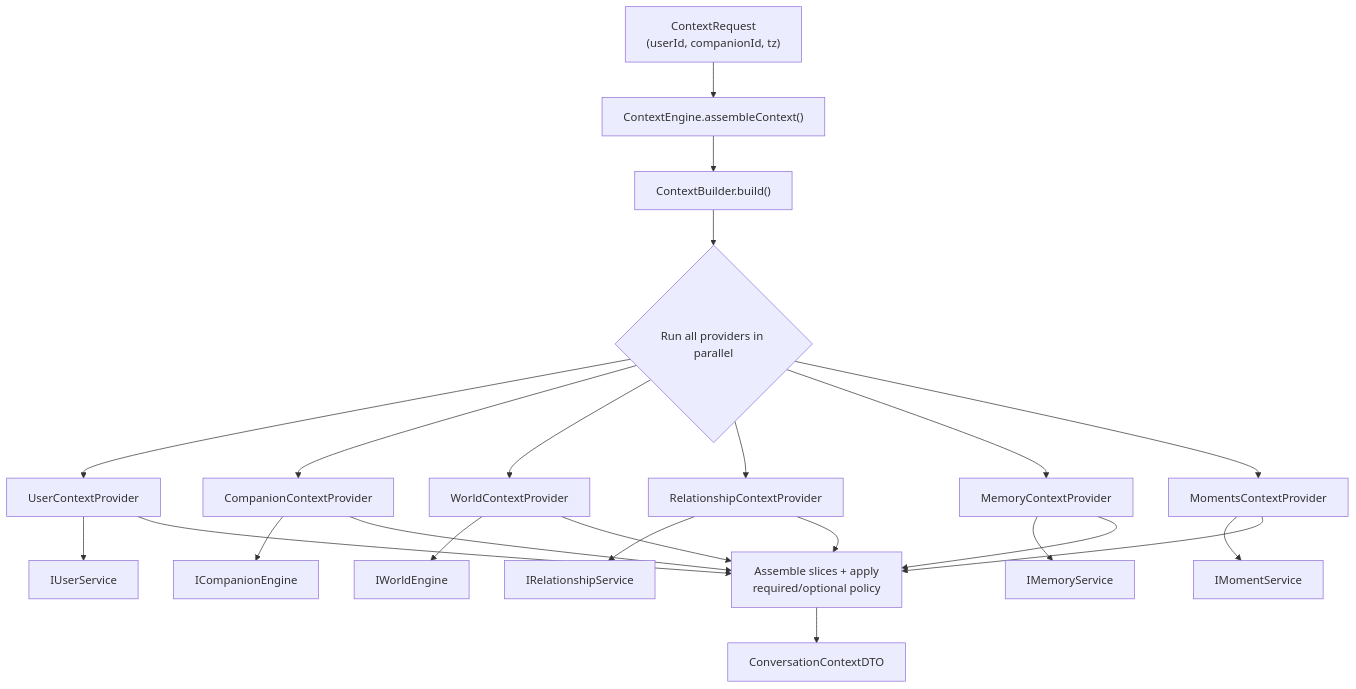
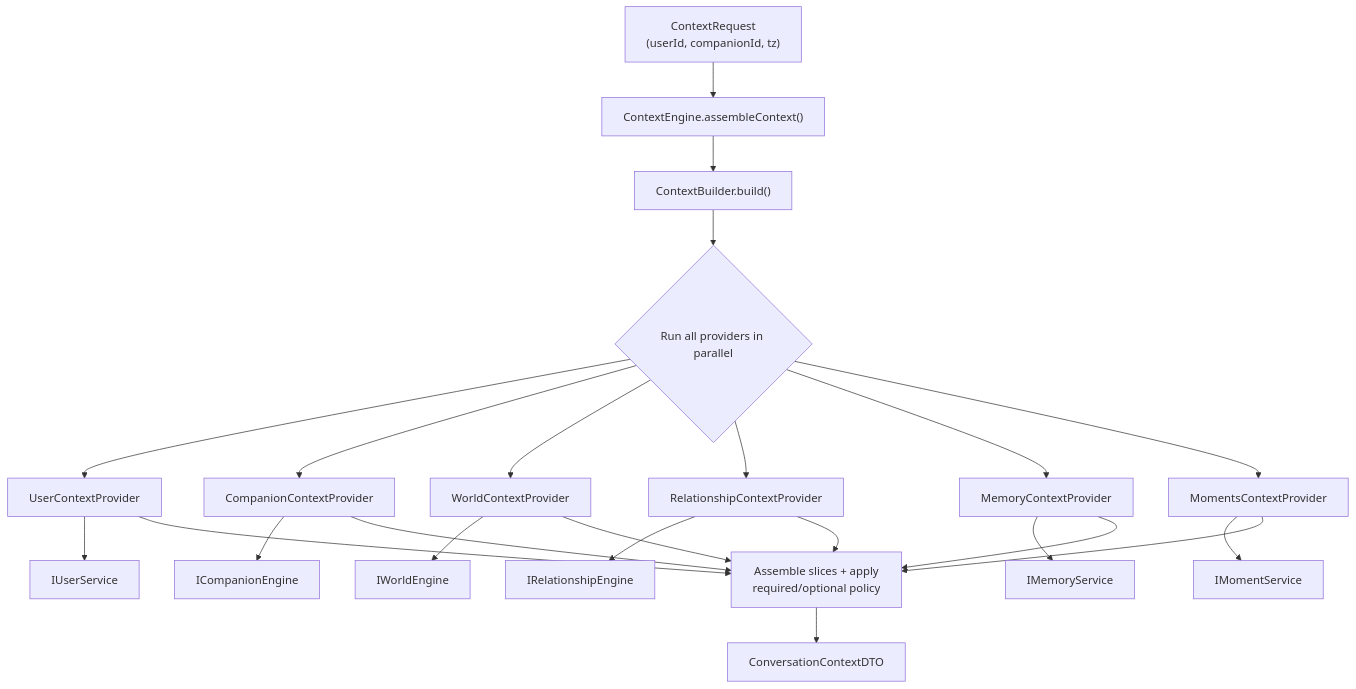
Before and after one commit to shubhamagar123/featherlite: the first of 3 diagrams in src/engines/context/README.md, drawn with Mermaid. The commit also changed other lines of this file and 11 other files, not shown here.

````diff
--- a/src/engines/context/README.md
+++ b/src/engines/context/README.md
@@ -56,29 +55,29 @@
 ```mermaid
 flowchart TD
     REQ["ContextRequest<br/>(userId, companionId, tz)"] --> ENG["ContextEngine.assembleContext()"]
     ENG --> BLD["ContextBuilder.build()"]
     BLD --> P{Run all providers in parallel}
 
     P --> UP["UserContextProvider"]
     P --> CP["CompanionContextProvider"]
     P --> WP["WorldContextProvider"]
     P --> RP["RelationshipContextProvider"]
     P --> MP["MemoryContextProvider"]
     P --> OP["MomentsContextProvider"]
 
     UP --> US["IUserService"]
     CP --> CS["ICompanionEngine"]
     WP --> WS["IWorldEngine"]
-    RP --> RS["IRelationshipService"]
+    RP --> RS["IRelationshipEngine"]
     MP --> MS["IMemoryService"]
     OP --> OS["IMomentService"]
 
     UP --> ASM["Assemble slices + apply<br/>required/optional policy"]
     CP --> ASM
     WP --> ASM
     RP --> ASM
     MP --> ASM
     OP --> ASM
 
     ASM --> OUT["ConversationContextDTO"]
 ```
````
